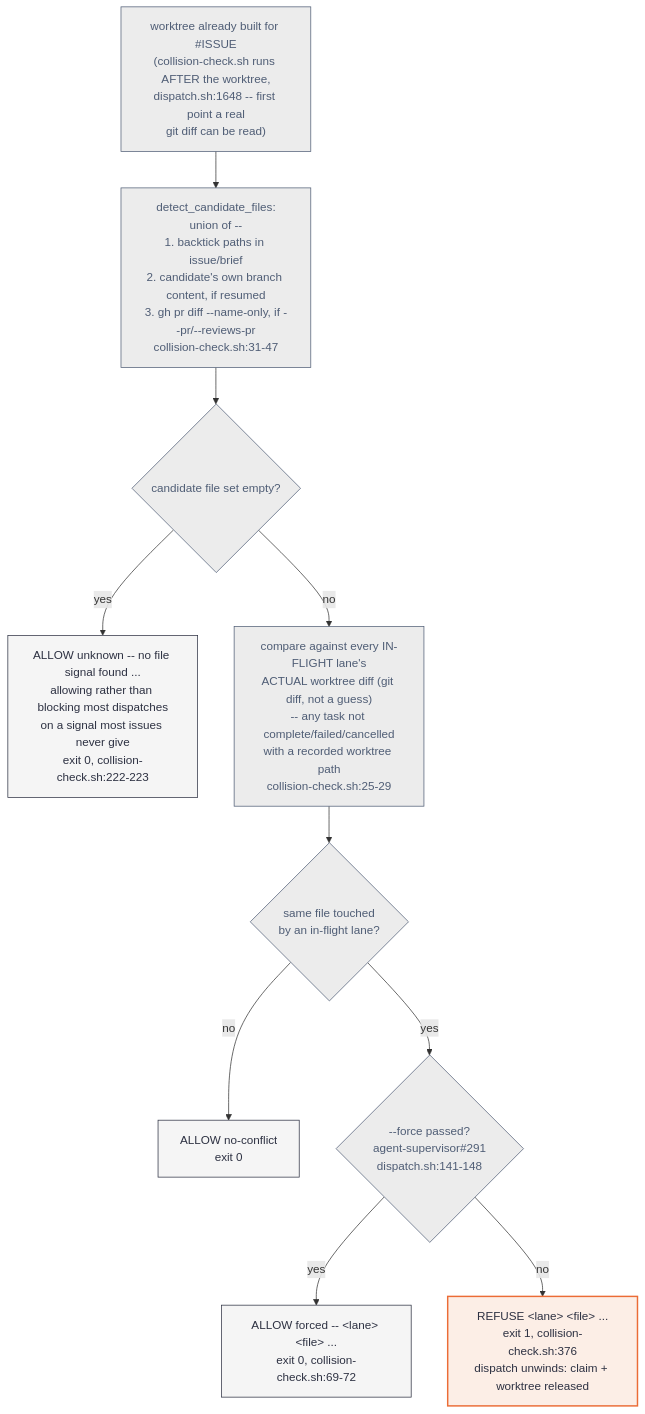
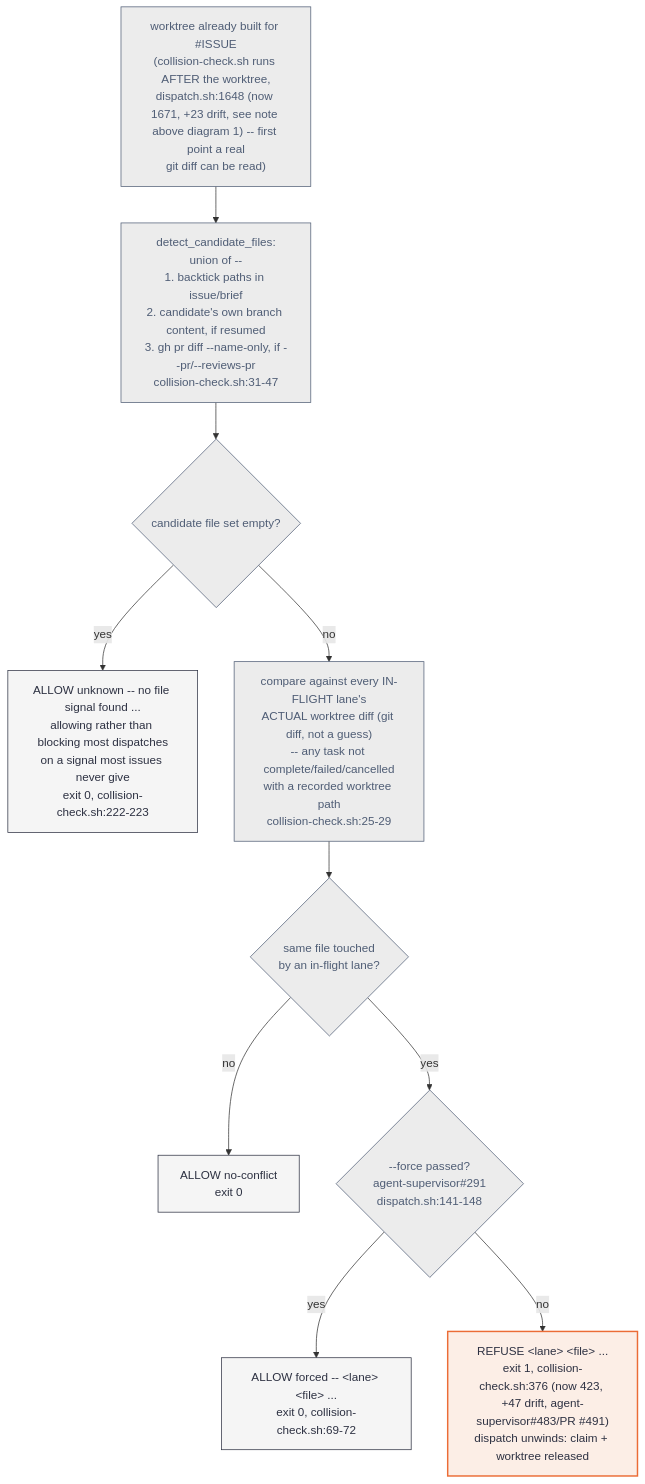
One commit to jonhill90/agent-estate changed the fourth of 5 diagrams in docs/diagrams/dispatch-path.md. Above: the diagram before and after it, drawn with Mermaid. The commit also changed other lines of this file and 9 other files, not shown here.

````diff
--- a/docs/diagrams/dispatch-path.md
+++ b/docs/diagrams/dispatch-path.md
@@ -242,29 +300,29 @@
 ```mermaid
 flowchart TD
     classDef focal fill:#fceee6,stroke:#eb6c36,color:#2d3142,stroke-width:2px
     classDef normal fill:#f5f5f5,stroke:#2d3142,color:#2d3142
     classDef muted fill:#ececec,stroke:#4f5d75,color:#4f5d75
 
-    Start["worktree already built for #ISSUE<br/>(collision-check.sh runs AFTER the worktree,<br/>dispatch.sh:1648 -- first point a real<br/>git diff can be read)"]
+    Start["worktree already built for #ISSUE<br/>(collision-check.sh runs AFTER the worktree,<br/>dispatch.sh:1648 (now 1671, +23 drift, see note above diagram 1) -- first point a real<br/>git diff can be read)"]
     Detect["detect_candidate_files:<br/>union of --<br/>1. backtick paths in issue/brief<br/>2. candidate's own branch content, if resumed<br/>3. gh pr diff --name-only, if --pr/--reviews-pr<br/>collision-check.sh:31-47"]
     Empty{"candidate file set empty?"}
     AllowUnknown["ALLOW unknown -- no file signal found ...<br/>allowing rather than blocking most dispatches<br/>on a signal most issues never give<br/>exit 0, collision-check.sh:222-223"]
     InFlight["compare against every IN-FLIGHT lane's<br/>ACTUAL worktree diff (git diff, not a guess)<br/>-- any task not complete/failed/cancelled<br/>with a recorded worktree path<br/>collision-check.sh:25-29"]
     Overlap{"same file touched<br/>by an in-flight lane?"}
     AllowClean["ALLOW no-conflict<br/>exit 0"]
     Forced{"--force passed?<br/>agent-supervisor#291<br/>dispatch.sh:141-148"}
     AllowForced["ALLOW forced -- &lt;lane&gt; &lt;file&gt; ...<br/>exit 0, collision-check.sh:69-72"]
-    Refuse["REFUSE &lt;lane&gt; &lt;file&gt; ...<br/>exit 1, collision-check.sh:376<br/>dispatch unwinds: claim + worktree released"]
+    Refuse["REFUSE &lt;lane&gt; &lt;file&gt; ...<br/>exit 1, collision-check.sh:376 (now 423, +47 drift, agent-supervisor#483/PR #491)<br/>dispatch unwinds: claim + worktree released"]
 
     Start --> Detect --> Empty
     Empty -->|yes| AllowUnknown
     Empty -->|no| InFlight --> Overlap
     Overlap -->|no| AllowClean
     Overlap -->|yes| Forced
     Forced -->|yes| AllowForced
     Forced -->|no| Refuse
 
     class Refuse focal
     class AllowUnknown,AllowClean,AllowForced normal
     class Start,Detect,Empty,InFlight,Overlap,Forced muted
 ```
````
